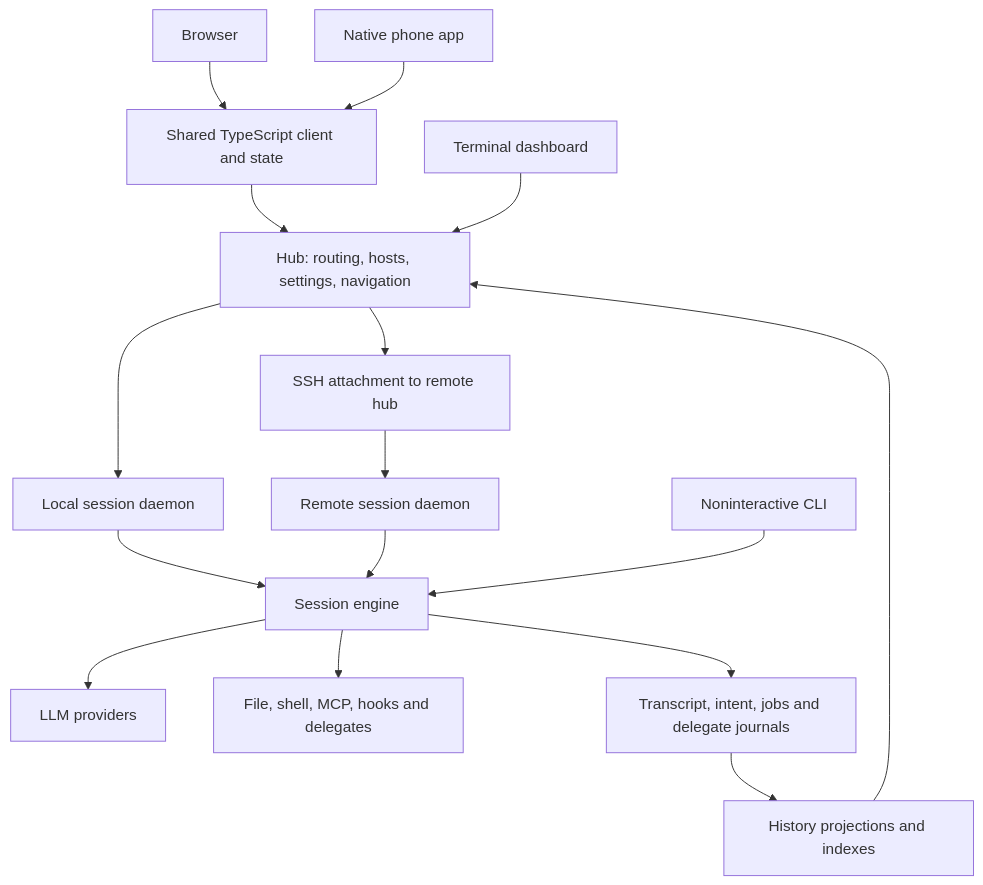
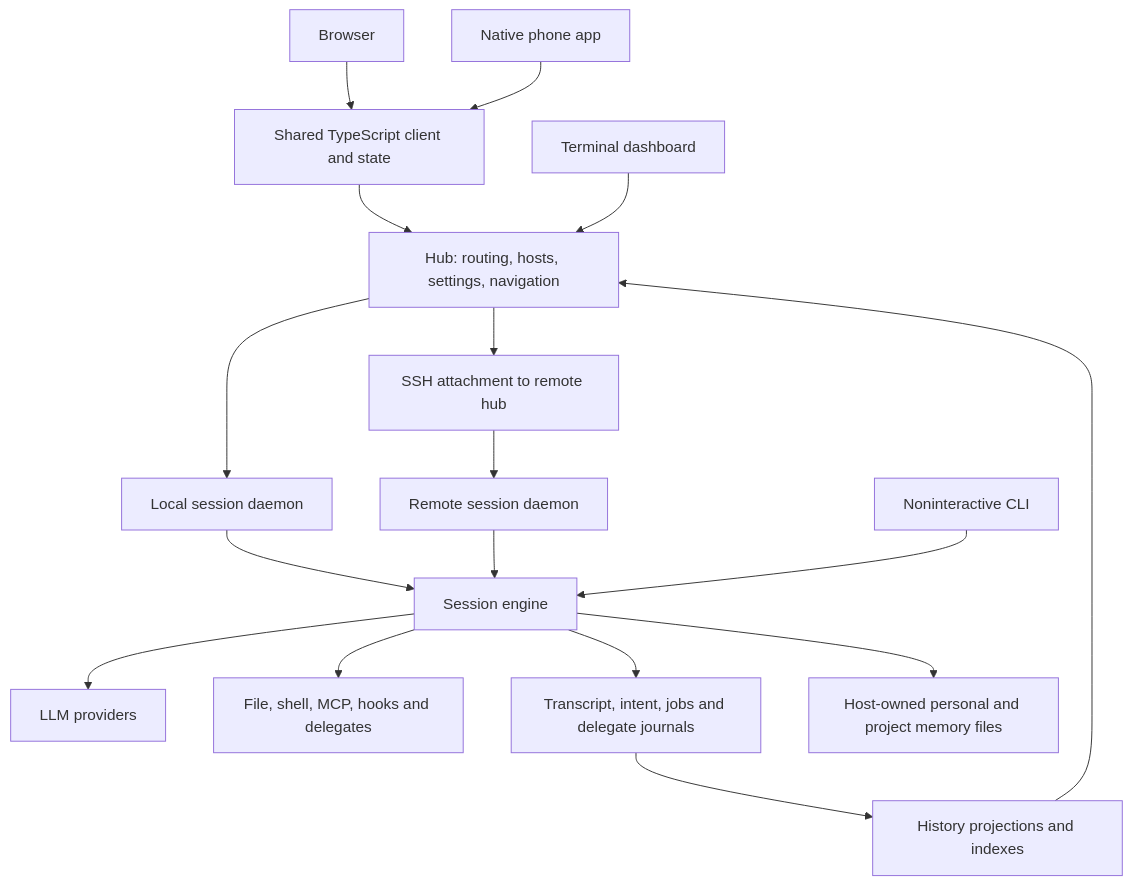
The diagram in docs/product/subsystems.md (prime-radiant-inc/evener), drawn with Mermaid before and after one commit. The commit also changed other lines of this file and 16 other files, not shown here.

````diff
--- a/docs/product/subsystems.md
+++ b/docs/product/subsystems.md
@@ -14,18 +14,19 @@
 ```mermaid
 flowchart TD
     Web[Browser] --> TS[Shared TypeScript client and state]
     Native[Native phone app] --> TS
     TS --> Hub[Hub: routing, hosts, settings, navigation]
     TUI[Terminal dashboard] --> Hub
     Hub --> Local[Local session daemon]
     Hub --> Remote[SSH attachment to remote hub]
     Remote --> RemoteDaemon[Remote session daemon]
     Local --> Agent[Session engine]
     RemoteDaemon --> Agent
     CLI[Noninteractive CLI] --> Agent
     Agent --> Providers[LLM providers]
     Agent --> Tools[File, shell, MCP, hooks and delegates]
     Agent --> State[Transcript, intent, jobs and delegate journals]
+    Agent --> Memory[Host-owned personal and project memory files]
     State --> Views[History projections and indexes]
     Views --> Hub
 ```
````
